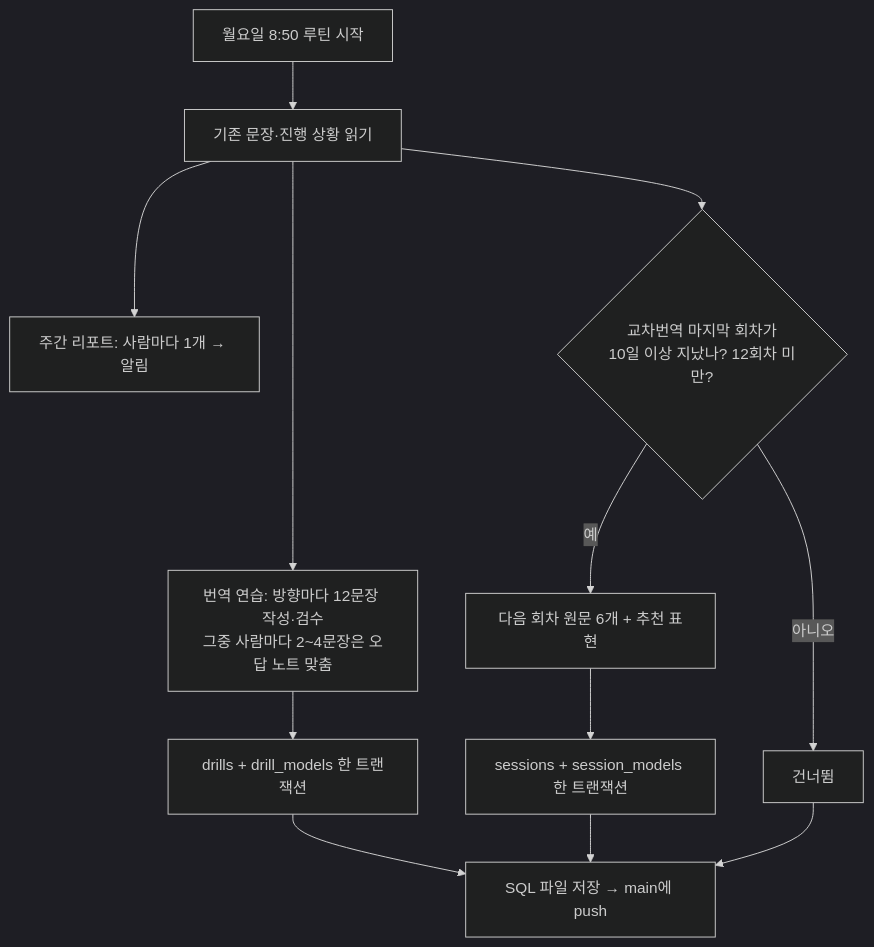
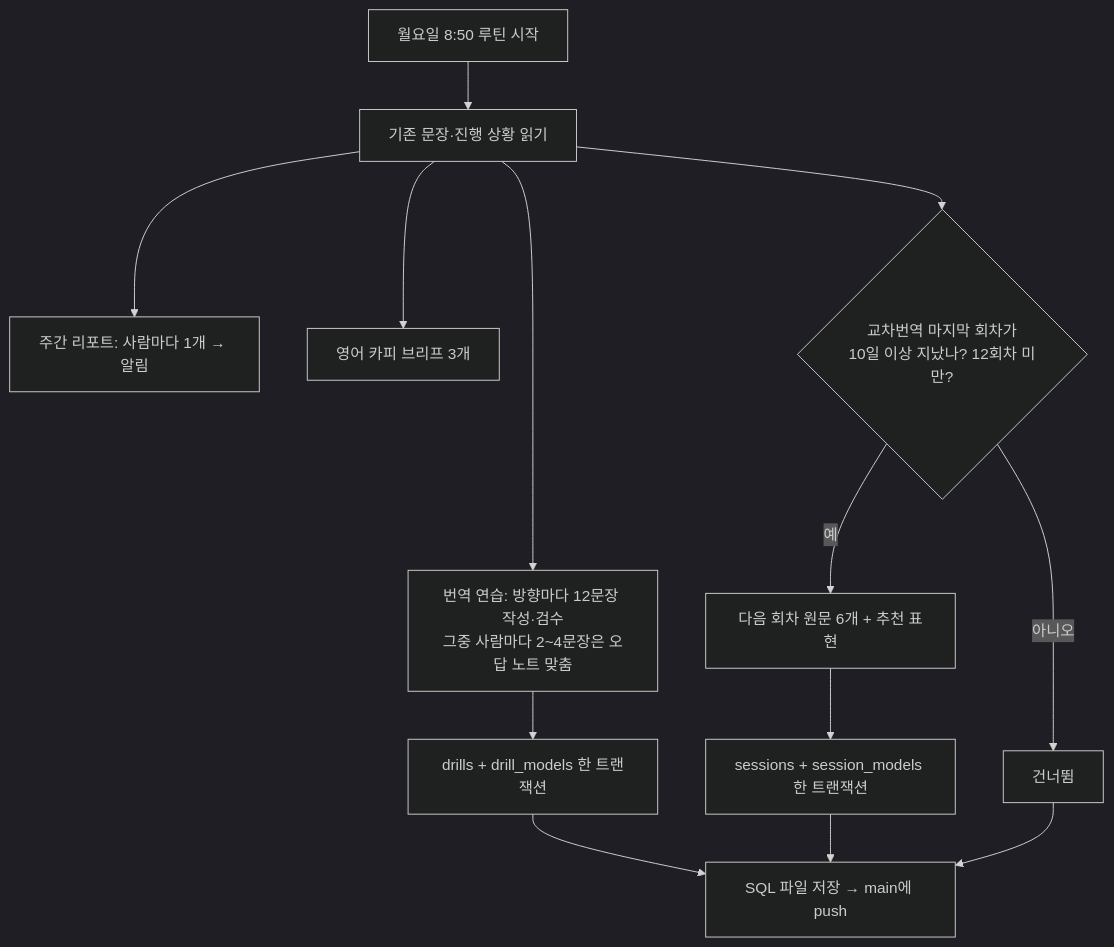
Before and after one commit to GooseyBee/root-register: the diagram in notes/routines/weekly-content.md, drawn with Mermaid (dark theme). The commit also changed other lines of this file and 3 other files, not shown here.

````diff
--- a/notes/routines/weekly-content.md
+++ b/notes/routines/weekly-content.md
@@ -9,14 +9,15 @@
 ```mermaid
 flowchart TD
   S[월요일 8:50 루틴 시작] --> R[기존 문장·진행 상황 읽기]
   R --> D[번역 연습: 방향마다 12문장 작성·검수<br/>그중 사람마다 2~4문장은 오답 노트 맞춤]
   R --> RP[주간 리포트: 사람마다 1개 → 알림]
+  R --> CB[영어 카피 브리프 3개]
   D --> I1[drills + drill_models 한 트랜잭션]
   R --> Q{교차번역 마지막 회차가<br/>10일 이상 지났나? 12회차 미만?}
   Q -->|예| X[다음 회차 원문 6개 + 추천 표현]
   X --> I2[sessions + session_models 한 트랜잭션]
   Q -->|아니오| K[건너뜀]
   I1 --> F[SQL 파일 저장 → main에 push]
   I2 --> F
   K --> F
 ```
````
